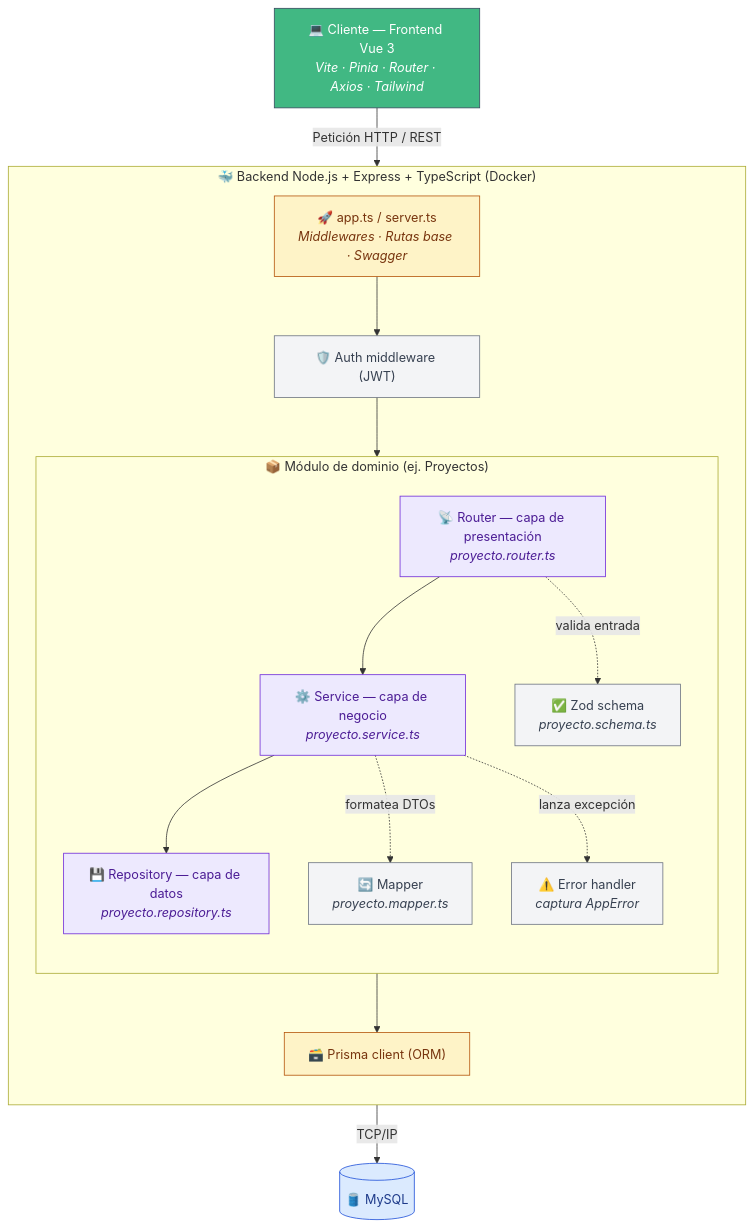
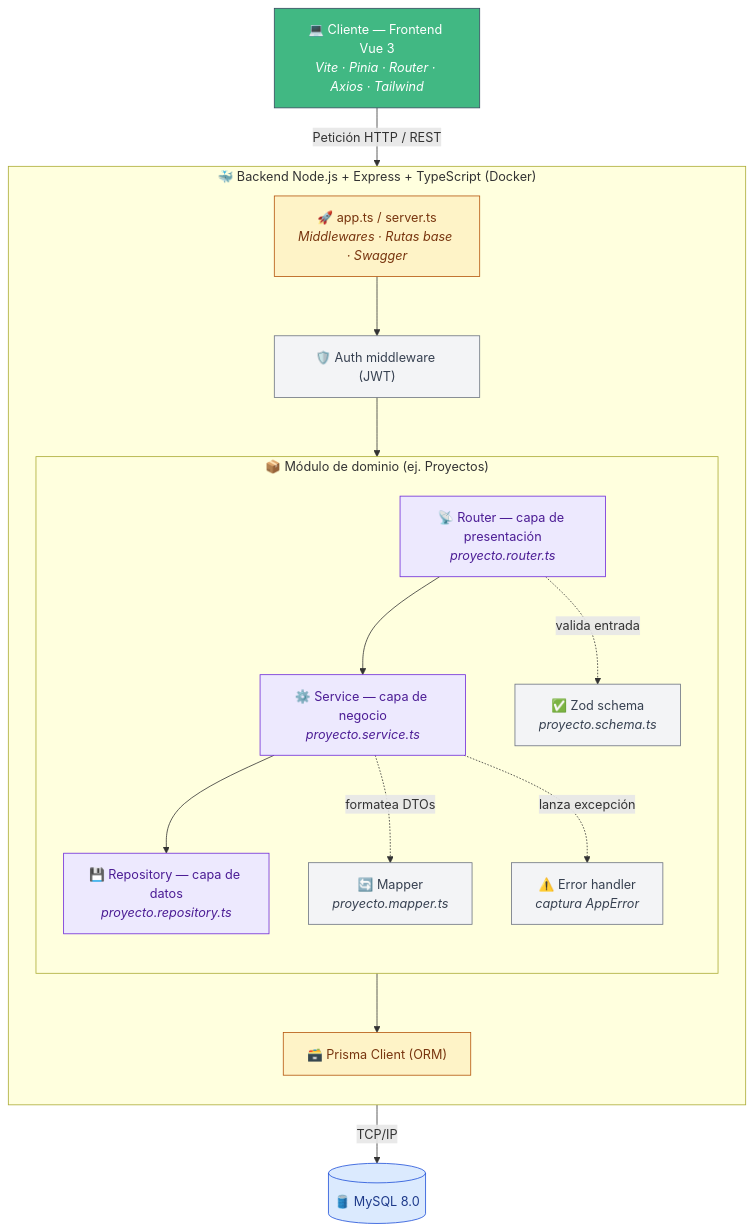
The first of 2 diagrams in README.md (profe-santiago/e2_backend), drawn with Mermaid before and after one commit. The commit also changed other lines of this file, not shown here.

````diff
--- a/README.md
+++ b/README.md
@@ -41,46 +60,42 @@
 ```mermaid
 flowchart TD
-    %% ===== Estilos =====
     classDef frontend fill:#41B883,stroke:#35495E,stroke-width:1px,color:#ffffff
     classDef entry    fill:#FEF3C7,stroke:#B45309,stroke-width:1px,color:#78350F
     classDef layer    fill:#EDE9FE,stroke:#6D28D9,stroke-width:1px,color:#4C1D95
     classDef helper   fill:#F3F4F6,stroke:#6B7280,stroke-width:1px,color:#374151
     classDef database fill:#DBEAFE,stroke:#1D4ED8,stroke-width:1px,color:#1E3A8A
 
-    %% ===== Nodos =====
     Client["💻 Cliente — Frontend Vue 3<br/><i>Vite · Pinia · Router · Axios · Tailwind</i>"]:::frontend
 
     subgraph Backend ["🐳 Backend Node.js + Express + TypeScript (Docker)"]
         direction TB
         API["🚀 app.ts / server.ts<br/><i>Middlewares · Rutas base · Swagger</i>"]:::entry
         Auth["🛡️ Auth middleware (JWT)"]:::helper
 
         subgraph Modulo ["📦 Módulo de dominio (ej. Proyectos)"]
             direction TB
             Router["📡 Router — capa de presentación<br/><i>proyecto.router.ts</i>"]:::layer
             Zod["✅ Zod schema<br/><i>proyecto.schema.ts</i>"]:::helper
             Service["⚙️ Service — capa de negocio<br/><i>proyecto.service.ts</i>"]:::layer
             Mapper["🔄 Mapper<br/><i>proyecto.mapper.ts</i>"]:::helper
             ErrorH["⚠️ Error handler<br/><i>captura AppError</i>"]:::helper
             Repository["💾 Repository — capa de datos<br/><i>proyecto.repository.ts</i>"]:::layer
         end
 
-        Prisma["🗃️ Prisma client (ORM)"]:::entry
+        Prisma["🗃️ Prisma Client (ORM)"]:::entry
     end
 
-    DB[("🛢️ MySQL")]:::database
+    DB[("🛢️ MySQL 8.0")]:::database
 
-    %% ===== Flujo principal =====
     Client -- "Petición HTTP / REST" --> API
     API --> Auth
     Auth --> Router
     Router --> Service
     Service --> Repository
     Repository --> Prisma
     Prisma -- "TCP/IP" --> DB
 
-    %% ===== Relaciones auxiliares =====
     Router -. "valida entrada" .-> Zod
     Service -. "formatea DTOs" .-> Mapper
     Service -. "lanza excepción" .-> ErrorH
 ```
````
